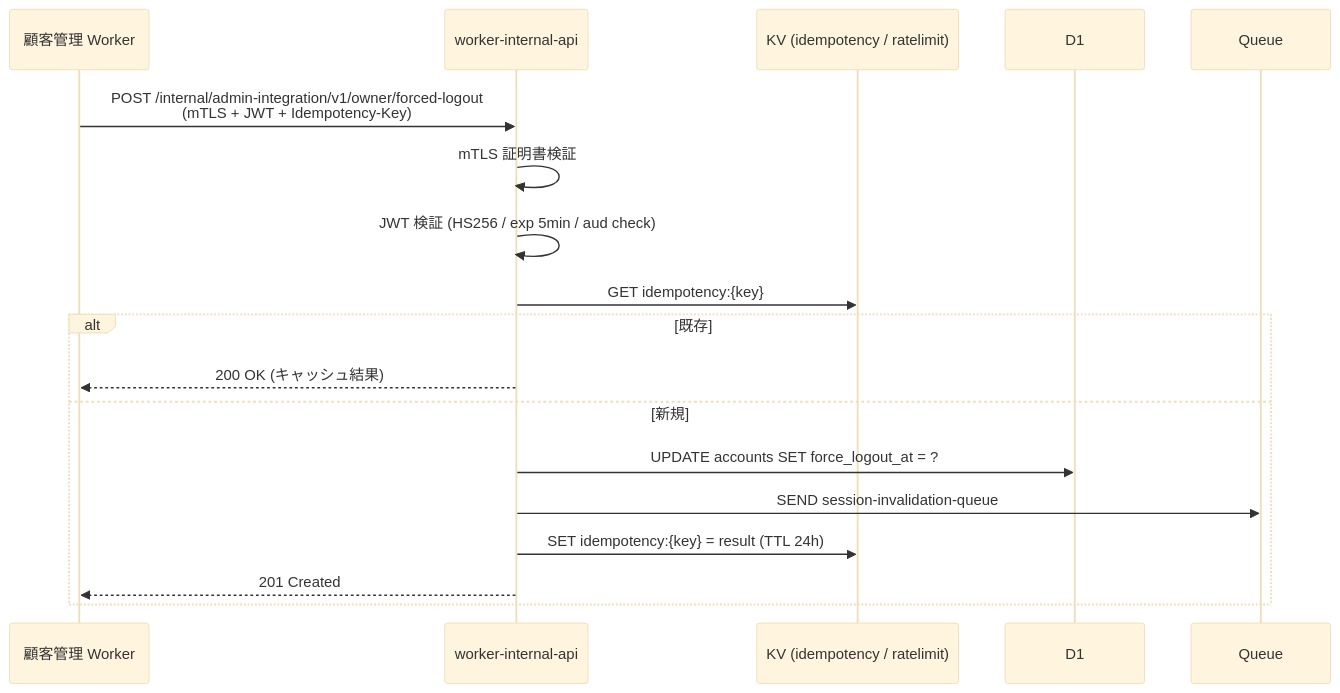
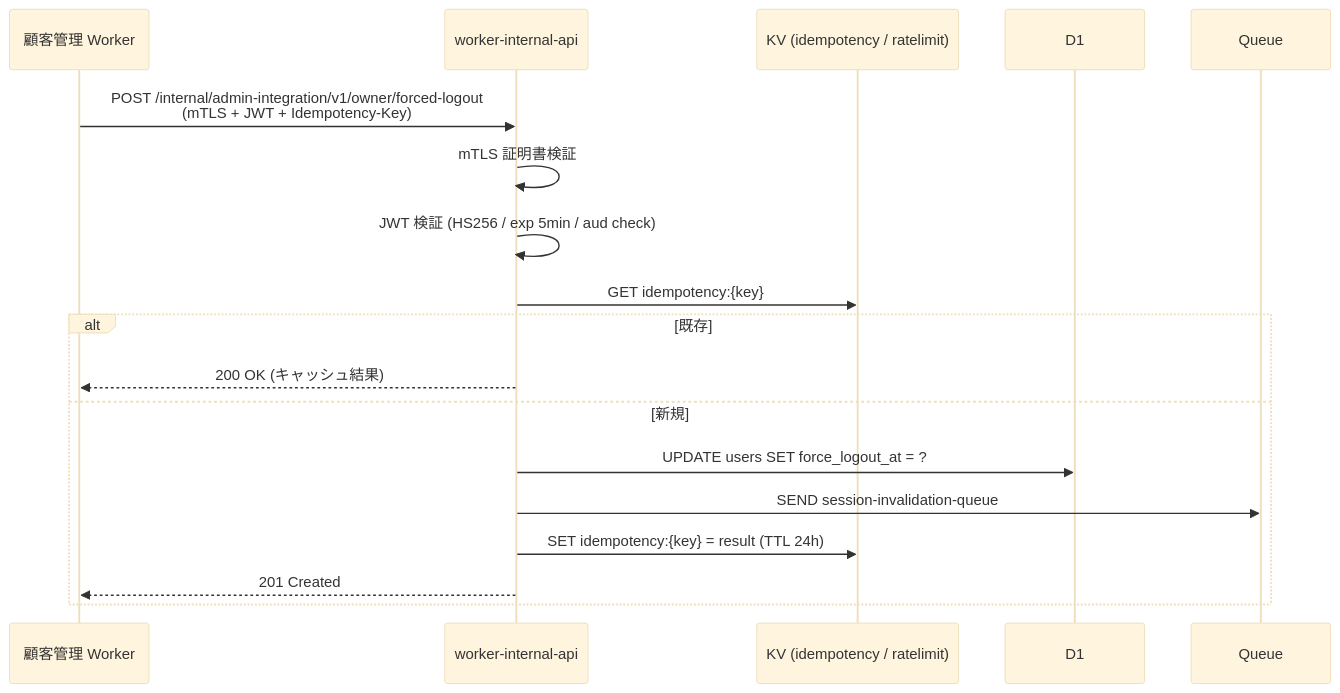
Before and after one commit to sikakou54/open-faq: the fourth of 4 diagrams in 01_メインシステム/03_詳細設計/index.md, drawn with Mermaid (base theme). The commit also changed other lines of this file and 148 other files, not shown here.

First line of the commit message:
docs: v1.12 ユーザー情報管理 3 表分割リファクタリング(accounts → users / contract_owners / project_users)+ build_all_pdfs.sh 追加 + PDF 再生成

````diff
--- a/01_メインシステム/03_詳細設計/index.md
+++ b/01_メインシステム/03_詳細設計/index.md
@@ -191,21 +191,21 @@
 ```mermaid
 sequenceDiagram
   participant ADM as 顧客管理 Worker
   participant IW as worker-internal-api
   participant K as KV (idempotency / ratelimit)
   participant D as D1
   participant Q as Queue
 
   ADM->>IW: POST /internal/admin-integration/v1/owner/forced-logout<br/>(mTLS + JWT + Idempotency-Key)
   IW->>IW: mTLS 証明書検証
   IW->>IW: JWT 検証 (HS256 / exp 5min / aud check)
   IW->>K: GET idempotency:{key}
   alt 既存
     IW-->>ADM: 200 OK (キャッシュ結果)
   else 新規
-    IW->>D: UPDATE accounts SET force_logout_at = ?
+    IW->>D: UPDATE users SET force_logout_at = ?
     IW->>Q: SEND session-invalidation-queue
     IW->>K: SET idempotency:{key} = result (TTL 24h)
     IW-->>ADM: 201 Created
   end
 ```
````
